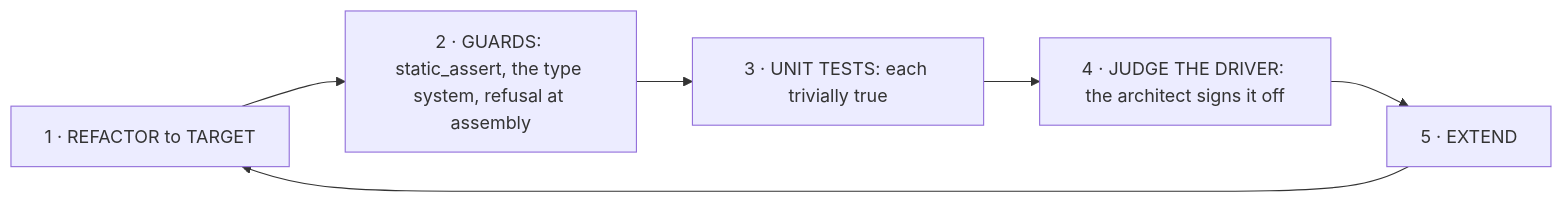
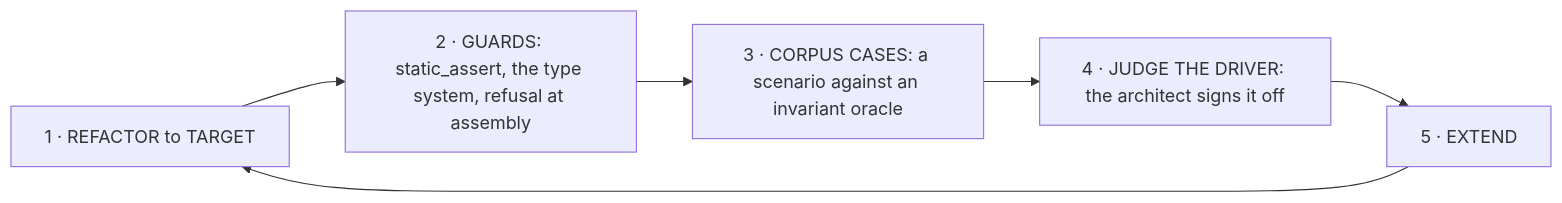
Before and after one commit to Weichwolf/outshine: diagram 11 of 11 in CLAUDE.md, drawn with Mermaid. The commit also changed other lines of this file and 1 other file, not shown here.

First line of the commit message:
board:1877 -- CLAUDE.md and the architect's brief say what the tree is

````diff
--- a/CLAUDE.md
+++ b/CLAUDE.md
@@ -398,8 +398,8 @@
 ```mermaid
 flowchart LR
   A["1 · REFACTOR to TARGET"] --> B["2 · GUARDS: static_assert, the type system, refusal at assembly"]
-  B --> C["3 · UNIT TESTS: each trivially true"]
+  B --> C["3 · CORPUS CASES: a scenario against an invariant oracle"]
   C --> D["4 · JUDGE THE DRIVER: the architect signs it off"]
   D --> E["5 · EXTEND"]
   E --> A
 ```
````
